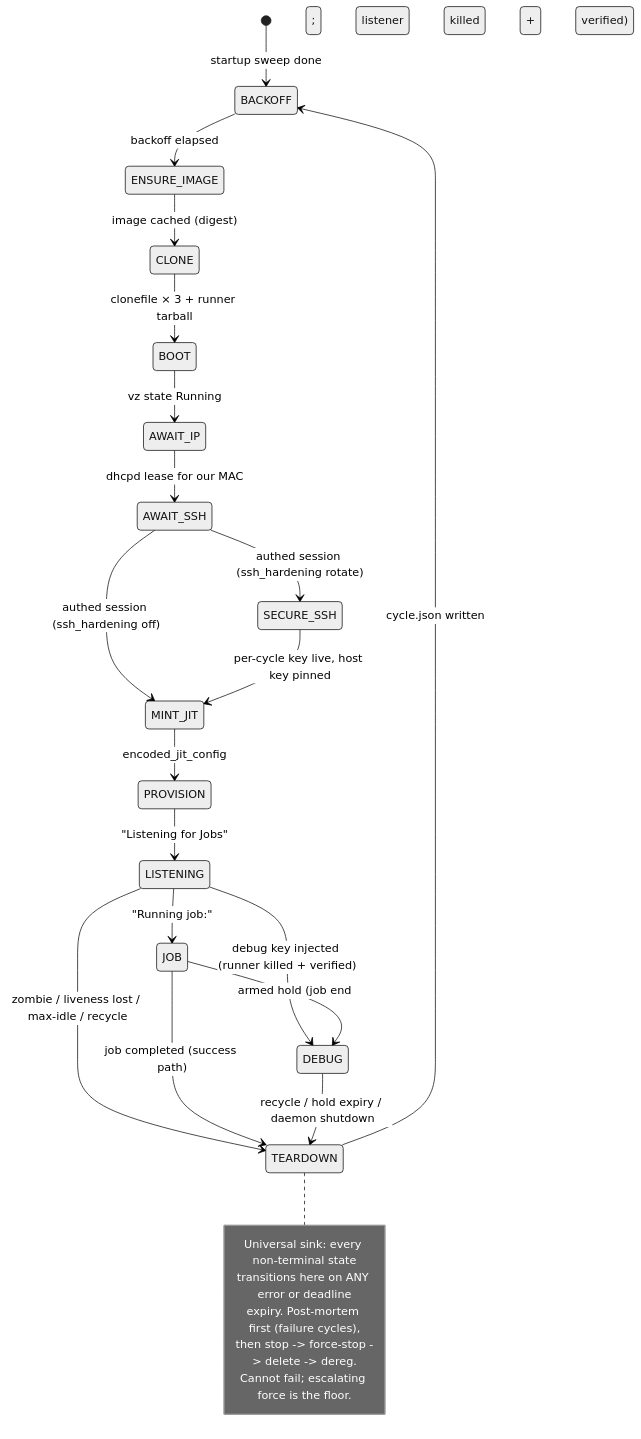
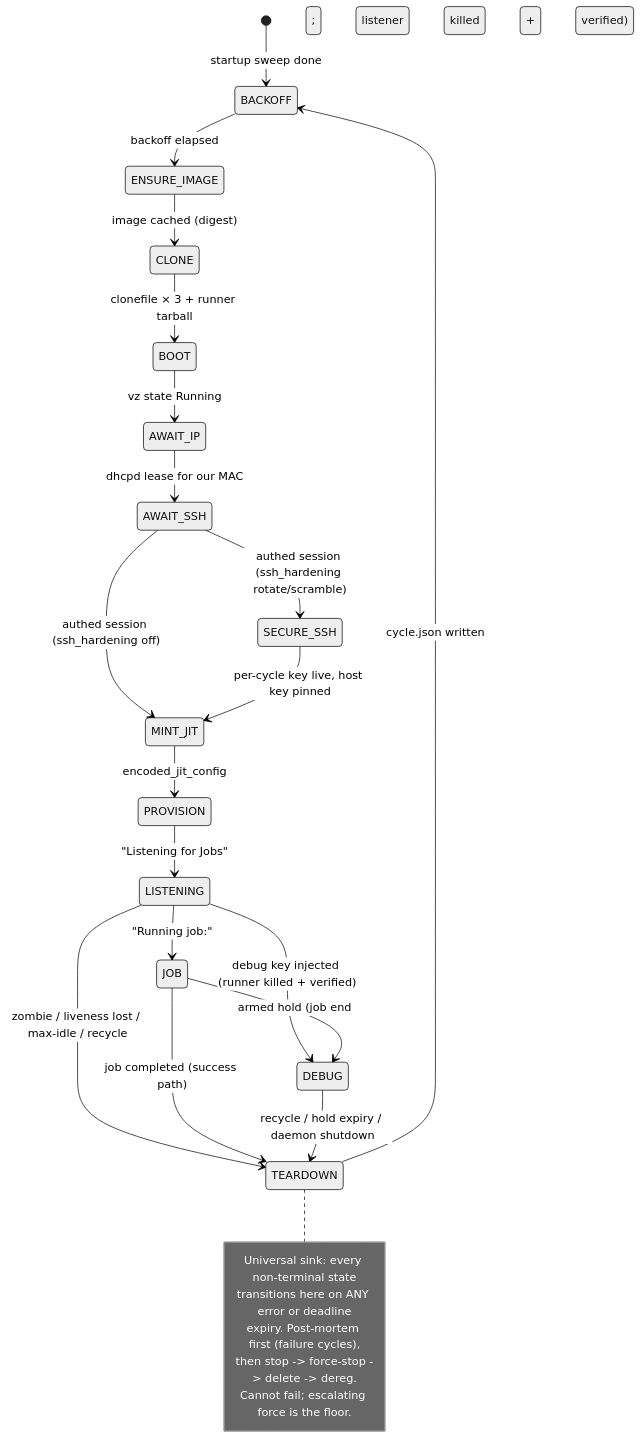
The second of 2 diagrams in docs/architecture/runnyd.md (bojanrajkovic/runny), drawn with Mermaid (neutral theme) before and after one commit. The commit also changed other lines of this file and 10 other files, not shown here.

````diff
--- a/docs/architecture/runnyd.md
+++ b/docs/architecture/runnyd.md
@@ -45,29 +45,29 @@
 ```mermaid
 stateDiagram-v2
     [*] --> BACKOFF: startup sweep done
     BACKOFF --> ENSURE_IMAGE: backoff elapsed
     ENSURE_IMAGE --> CLONE: image cached (digest)
     CLONE --> BOOT: clonefile × 3 + runner tarball
     BOOT --> AWAIT_IP: vz state Running
     AWAIT_IP --> AWAIT_SSH: dhcpd lease for our MAC
-    AWAIT_SSH --> SECURE_SSH: authed session (ssh_hardening rotate)
+    AWAIT_SSH --> SECURE_SSH: authed session (ssh_hardening rotate/scramble)
     AWAIT_SSH --> MINT_JIT: authed session (ssh_hardening off)
     SECURE_SSH --> MINT_JIT: per-cycle key live, host key pinned
     MINT_JIT --> PROVISION: encoded_jit_config
     PROVISION --> LISTENING: "Listening for Jobs"
     LISTENING --> JOB: "Running job:"
     LISTENING --> TEARDOWN: zombie / liveness lost / max-idle / recycle
     LISTENING --> DEBUG: debug key injected (runner killed + verified)
     JOB --> TEARDOWN: job completed (success path)
     JOB --> DEBUG: armed hold (job end; listener killed + verified)
     DEBUG --> TEARDOWN: recycle / hold expiry / daemon shutdown
     TEARDOWN --> BACKOFF: cycle.json written
 
     note right of TEARDOWN
         Universal sink: every non-terminal state
         transitions here on ANY error or deadline
         expiry. Post-mortem first (failure cycles),
         then stop -> force-stop -> delete -> dereg.
         Cannot fail; escalating force is the floor.
     end note
 ```
````
